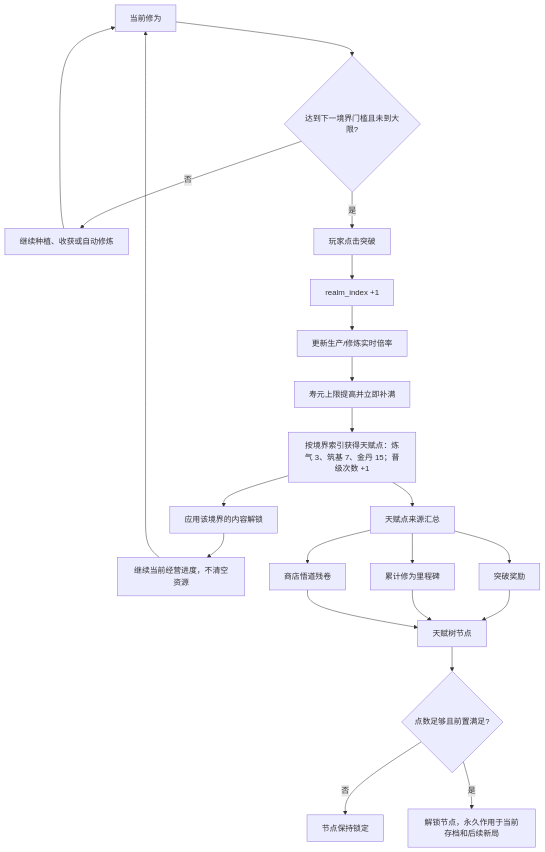
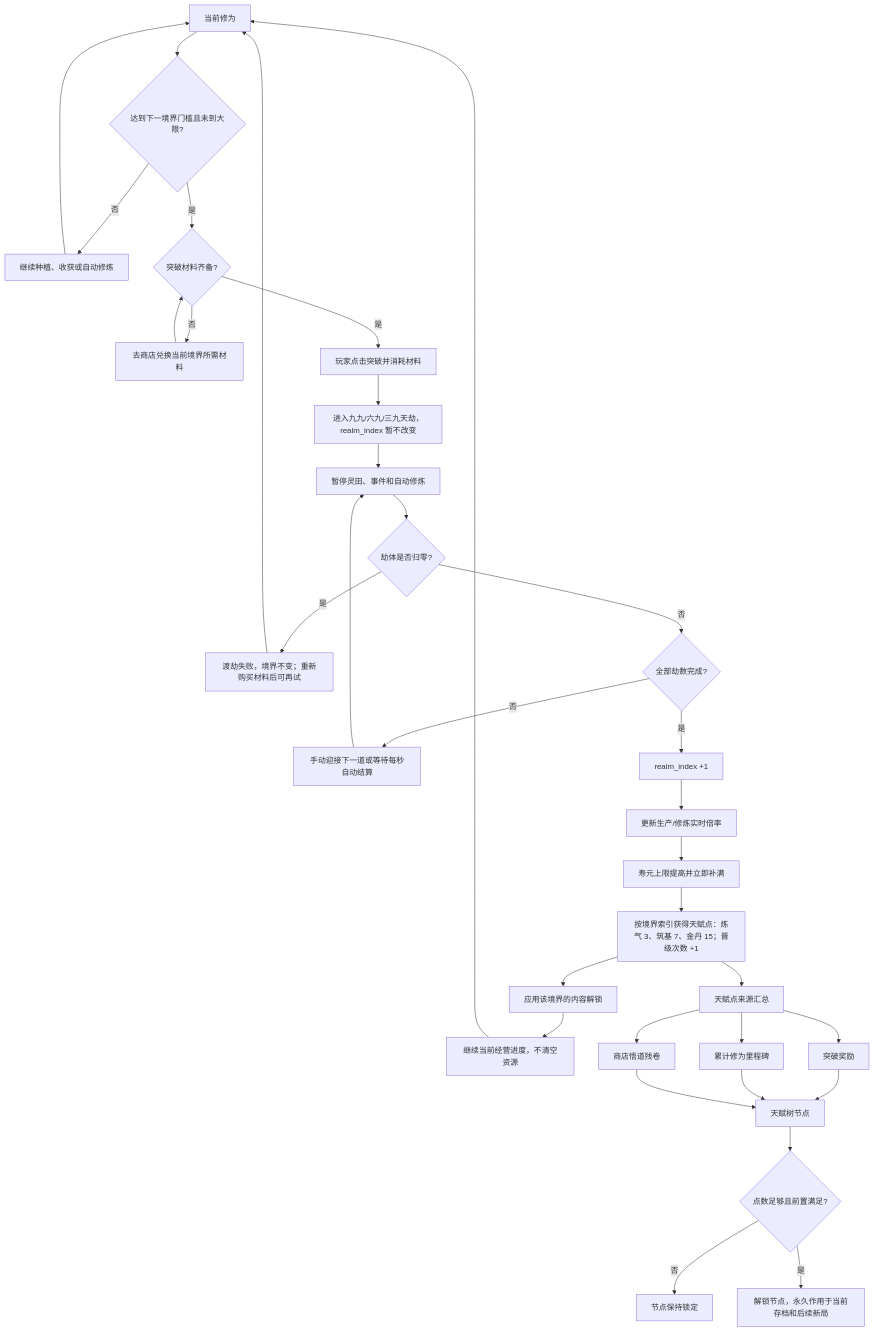
One commit to changw98ic/lingnong changed the fourth of 12 diagrams in docs/CURRENT-GAME-FLOW.md. Above: the diagram before and after it, drawn with Mermaid. The commit also changed other lines of this file and 21 other files, not shown here.

````diff
--- a/docs/CURRENT-GAME-FLOW.md
+++ b/docs/CURRENT-GAME-FLOW.md
@@ -171,25 +185,36 @@
 ```mermaid
 flowchart TD
     A[当前修为] --> B{达到下一境界门槛且未到大限?}
     B -- 否 --> C[继续种植、收获或自动修炼]
     C --> A
-    B -- 是 --> D[玩家点击突破]
-    D --> E[realm_index +1]
-    E --> F[更新生产/修炼实时倍率]
-    F --> G[寿元上限提高并立即补满]
-    G --> H[按境界索引获得天赋点：炼气 3、筑基 7、金丹 15；晋级次数 +1]
-    H --> I[应用该境界的内容解锁]
-    I --> J[继续当前经营进度，不清空资源]
+    B -- 是 --> D{突破材料齐备?}
+    D -- 否 --> E[去商店兑换当前境界所需材料]
+    E --> D
+    D -- 是 --> F[玩家点击突破并消耗材料]
+    F --> G[进入九九/六九/三九天劫，realm_index 暂不改变]
+    G --> H[暂停灵田、事件和自动修炼]
+    H --> I{劫体是否归零?}
+    I -- 是 --> J[渡劫失败，境界不变；重新购买材料后可再试]
     J --> A
+    I -- 否 --> K{全部劫数完成?}
+    K -- 否 --> L[手动迎接下一道或等待每秒自动结算]
+    L --> H
+    K -- 是 --> M[realm_index +1]
+    M --> N[更新生产/修炼实时倍率]
+    N --> O[寿元上限提高并立即补满]
+    O --> P[按境界索引获得天赋点：炼气 3、筑基 7、金丹 15；晋级次数 +1]
+    P --> Q[应用该境界的内容解锁]
+    Q --> R[继续当前经营进度，不清空资源]
+    R --> A
 
-    H --> K[天赋点来源汇总]
-    K --> L[突破奖励]
-    K --> M[累计修为里程碑]
-    K --> N[商店悟道残卷]
-    L --> O[天赋树节点]
-    M --> O
-    N --> O
-    O --> P{点数足够且前置满足?}
-    P -- 否 --> Q[节点保持锁定]
-    P -- 是 --> R[解锁节点，永久作用于当前存档和后续新局]
+    P --> S[天赋点来源汇总]
+    S --> T[突破奖励]
+    S --> U[累计修为里程碑]
+    S --> V[商店悟道残卷]
+    T --> W[天赋树节点]
+    U --> W
+    V --> W
+    W --> X{点数足够且前置满足?}
+    X -- 否 --> Y[节点保持锁定]
+    X -- 是 --> Z[解锁节点，永久作用于当前存档和后续新局]
 ```
````
